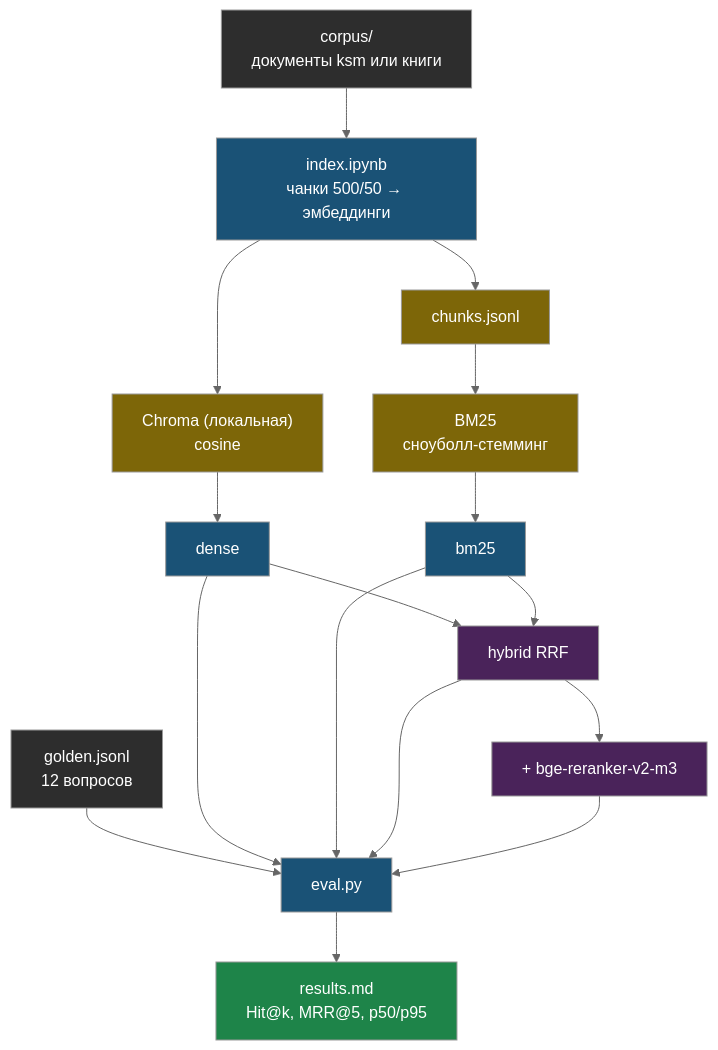
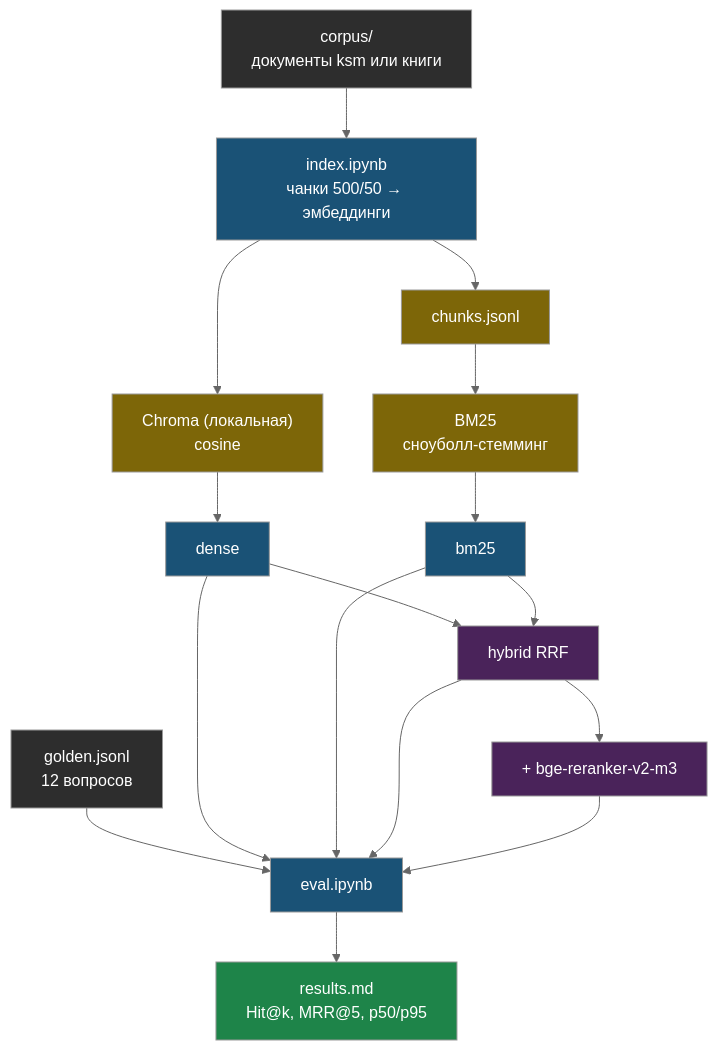
One commit to iRoboTron/ai-engineering changed the diagram in docs/books/02-rag-deep/chapter-02.md. Above: the diagram before and after it, drawn with Mermaid (neutral theme). The commit also changed other lines of this file and 11 other files, not shown here.

First line of the commit message:
Day 2: eval.py -> eval.ipynb, all day-2 lab files now notebooks

````diff
--- a/docs/books/02-rag-deep/chapter-02.md
+++ b/docs/books/02-rag-deep/chapter-02.md
@@ -9,31 +9,31 @@
 ```mermaid
 flowchart TD
     C["corpus/\nдокументы ksm или книги"] --> IDX["index.ipynb\nчанки 500/50 → эмбеддинги"]
     IDX --> CH["chunks.jsonl"]
     IDX --> VS["Chroma (локальная)\ncosine"]
     CH --> BM["BM25\nсноуболл-стемминг"]
-    G["golden.jsonl\n12 вопросов"] --> EV["eval.py"]
+    G["golden.jsonl\n12 вопросов"] --> EV["eval.ipynb"]
     VS --> R1["dense"]
     BM --> R2["bm25"]
     R1 --> R3["hybrid RRF"]
     R2 --> R3
     R3 --> R4["+ bge-reranker-v2-m3"]
     R1 --> EV
     R2 --> EV
     R3 --> EV
     R4 --> EV
     EV --> RES["results.md\nHit@k, MRR@5, p50/p95"]
 
     style C fill:#2d2d2d,color:#fff
     style G fill:#2d2d2d,color:#fff
     style IDX fill:#1a5276,color:#fff
     style CH fill:#7d6608,color:#fff
     style VS fill:#7d6608,color:#fff
     style BM fill:#7d6608,color:#fff
     style R1 fill:#1a5276,color:#fff
     style R2 fill:#1a5276,color:#fff
     style R3 fill:#4a235a,color:#fff
     style R4 fill:#4a235a,color:#fff
     style EV fill:#1a5276,color:#fff
     style RES fill:#1e8449,color:#fff
 ```
````
